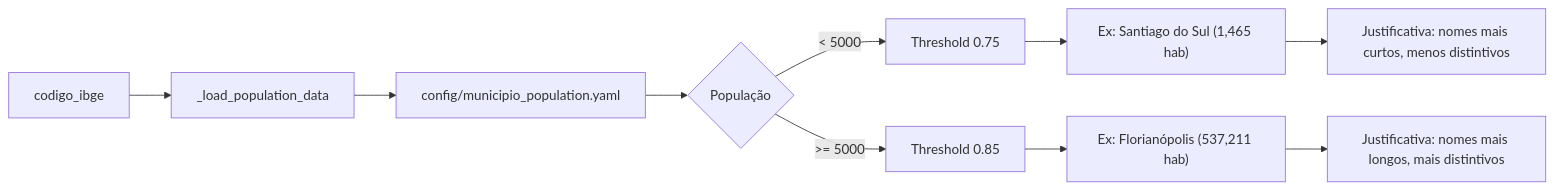
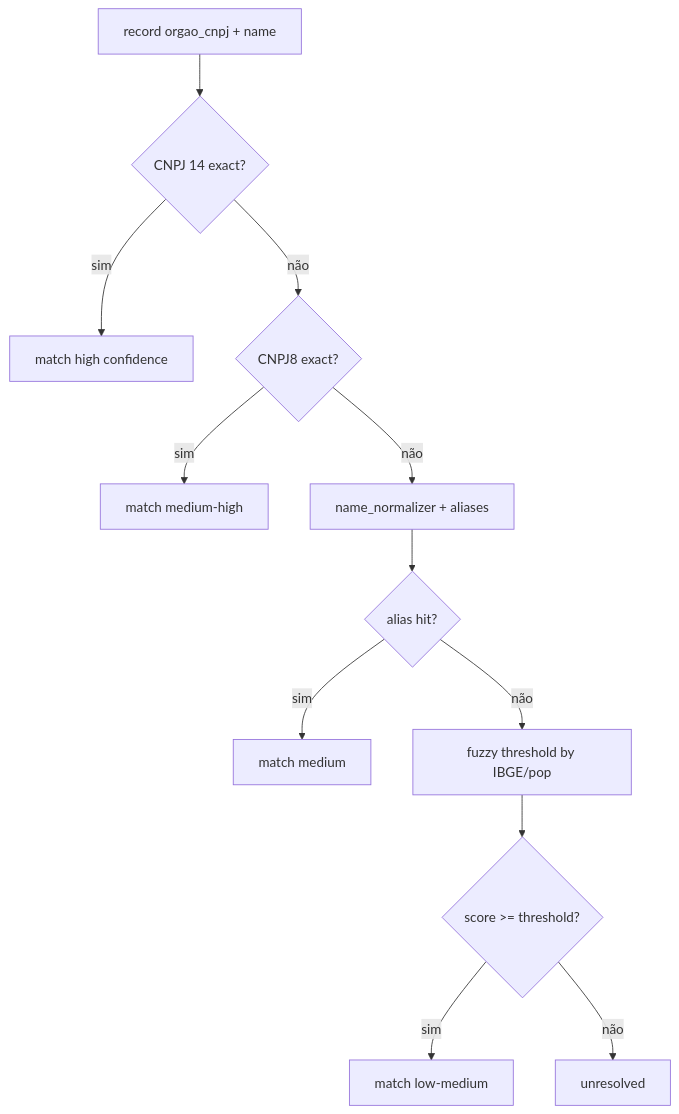
One commit to tjsasakifln/extra-cli changed the first of 2 diagrams in _reversa_sdd/flowcharts/matching.md. Above: the diagram before and after it, drawn with Mermaid. The commit also changed other lines of this file and 164 other files, not shown here.

````diff
--- a/_reversa_sdd/flowcharts/matching.md
+++ b/_reversa_sdd/flowcharts/matching.md
@@ -59,15 +7,14 @@
 ```mermaid
-flowchart LR
-    A[codigo_ibge] --> B[_load_population_data]
-    B --> C[config/municipio_population.yaml]
-    C --> D{População}
-
-    D -->|< 5000| E[Threshold 0.75]
-    D -->|>= 5000| F[Threshold 0.85]
-
-    E --> G["Ex: Santiago do Sul (1,465 hab)"]
-    F --> H["Ex: Florianópolis (537,211 hab)"]
-
-    G --> I[Justificativa: nomes mais curtos, menos distintivos]
-    H --> J[Justificativa: nomes mais longos, mais distintivos]
+flowchart TD
+    A[record orgao_cnpj + name] --> B{CNPJ 14 exact?}
+    B -->|sim| C[match high confidence]
+    B -->|não| D{CNPJ8 exact?}
+    D -->|sim| E[match medium-high]
+    D -->|não| F[name_normalizer + aliases]
+    F --> G{alias hit?}
+    G -->|sim| H[match medium]
+    G -->|não| I[fuzzy threshold by IBGE/pop]
+    I --> J{score >= threshold?}
+    J -->|sim| K[match low-medium]
+    J -->|não| L[unresolved]
 ```
````
